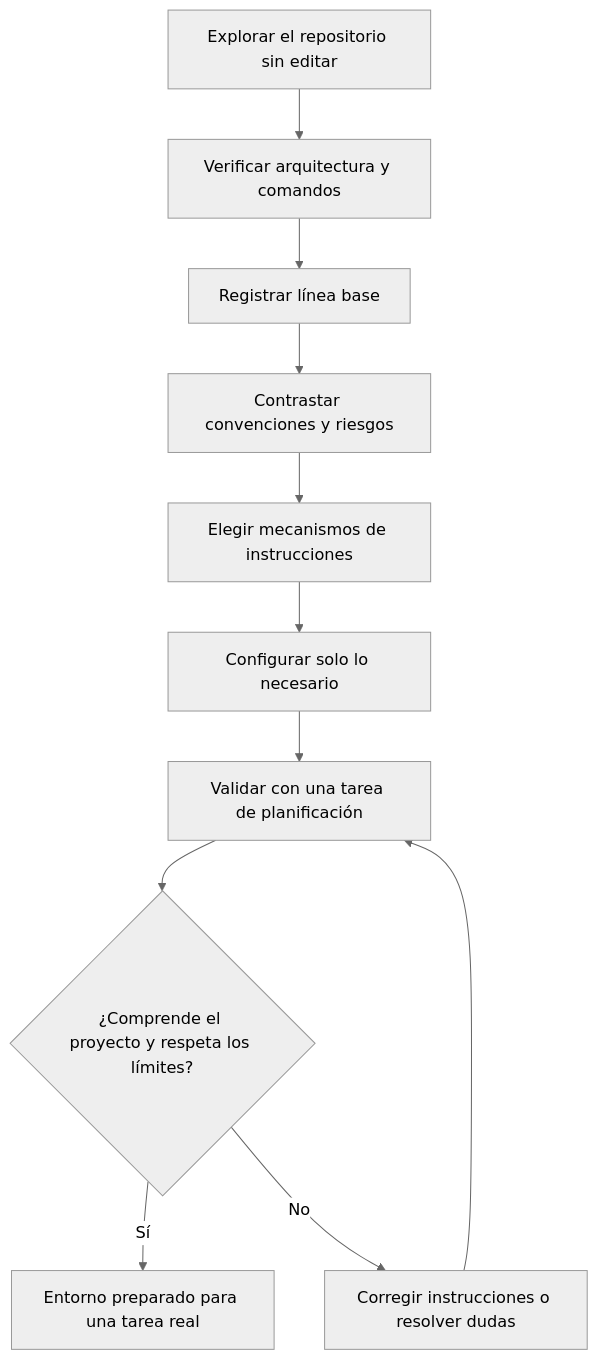
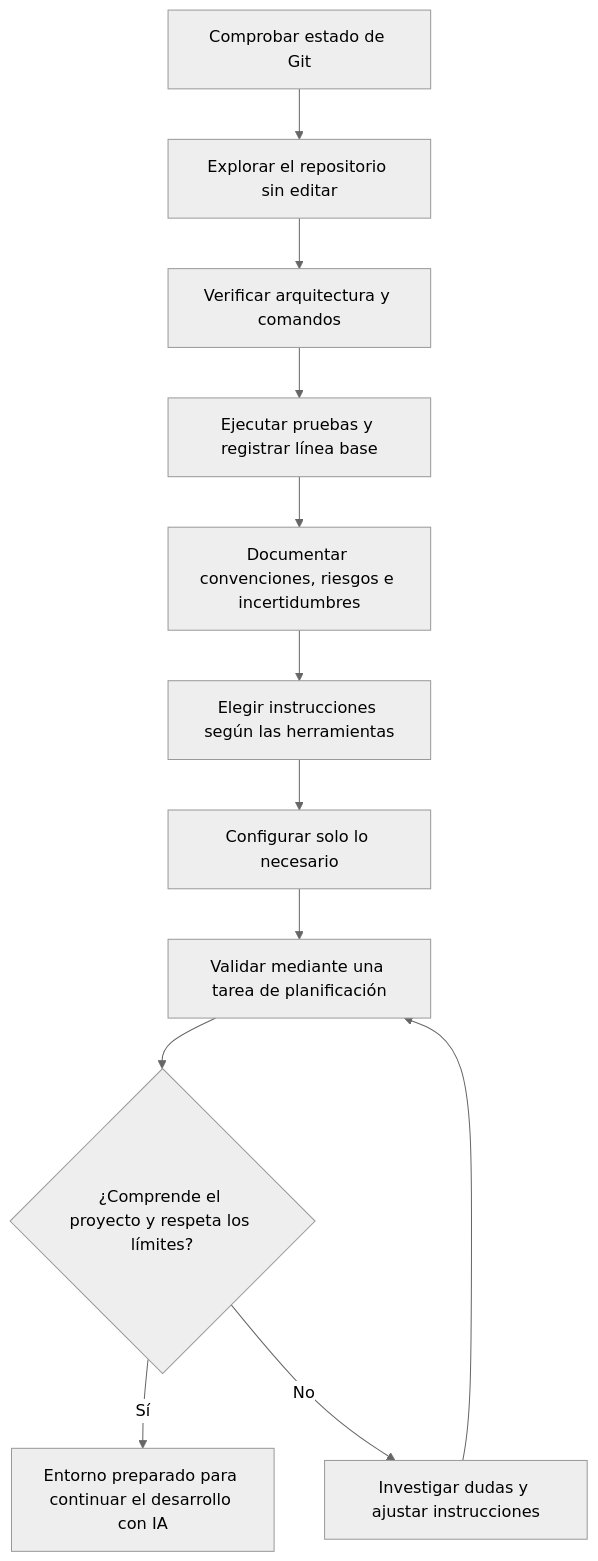
The diagram in laboratorio/03-proyecto-existente/README.md (sigdeletras/ai-assisted-development-guide), drawn with Mermaid (neutral theme) before and after one commit.

Commit message:
docs(lab-03): refine project preparation workflow diagram

````diff
--- a/laboratorio/03-proyecto-existente/README.md
+++ b/laboratorio/03-proyecto-existente/README.md
@@ -87,13 +87,14 @@
 ```mermaid
 flowchart TD
-    A["Explorar el repositorio sin editar"] --> B["Verificar arquitectura y comandos"]
-    B --> C["Registrar línea base"]
-    C --> D["Contrastar convenciones y riesgos"]
-    D --> E["Elegir mecanismos de instrucciones"]
-    E --> F["Configurar solo lo necesario"]
-    F --> G["Validar con una tarea de planificación"]
-    G --> H{"¿Comprende el proyecto y respeta los límites?"}
-    H -- "Sí" --> I["Entorno preparado para una tarea real"]
-    H -- "No" --> J["Corregir instrucciones o resolver dudas"]
-    J --> G
+    A["Comprobar estado de Git"] --> B["Explorar el repositorio sin editar"]
+    B --> C["Verificar arquitectura y comandos"]
+    C --> D["Ejecutar pruebas y registrar línea base"]
+    D --> E["Documentar convenciones, riesgos e incertidumbres"]
+    E --> F["Elegir instrucciones según las herramientas"]
+    F --> G["Configurar solo lo necesario"]
+    G --> H["Validar mediante una tarea de planificación"]
+    H --> I{"¿Comprende el proyecto y respeta los límites?"}
+    I -- "Sí" --> J["Entorno preparado para continuar el desarrollo con IA"]
+    I -- "No" --> K["Investigar dudas y ajustar instrucciones"]
+    K --> H
 ```
````
